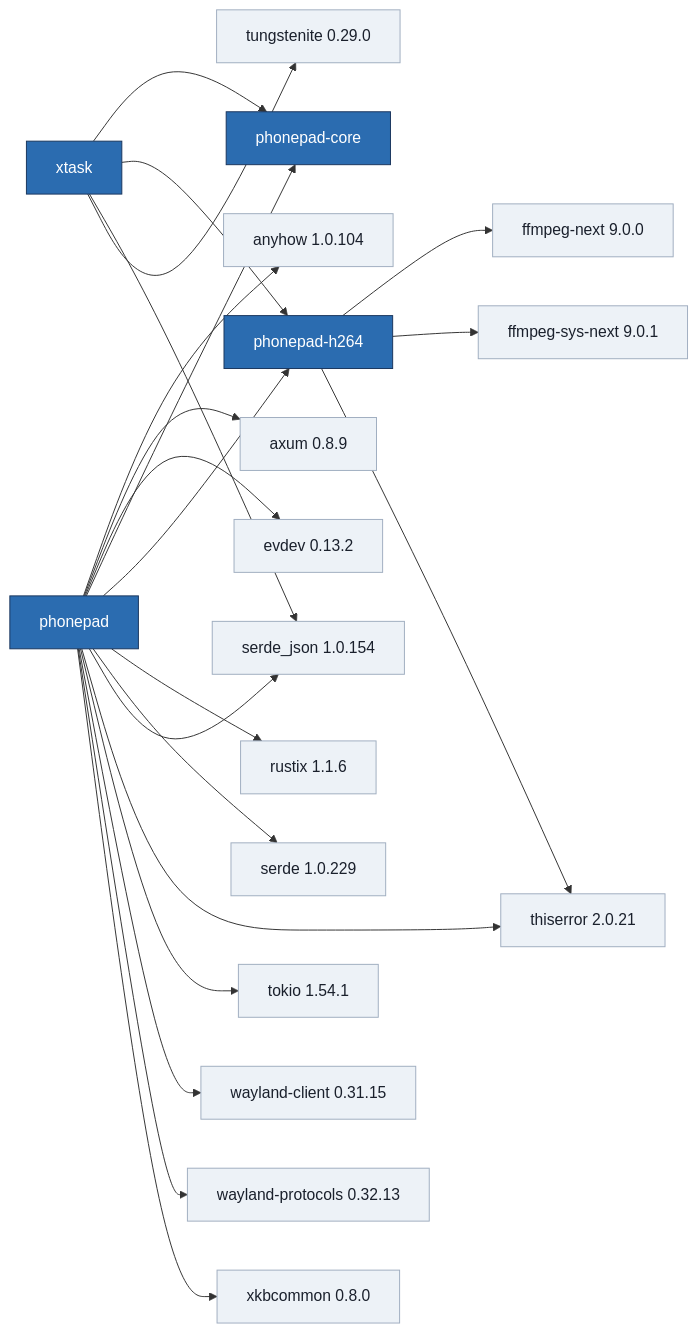
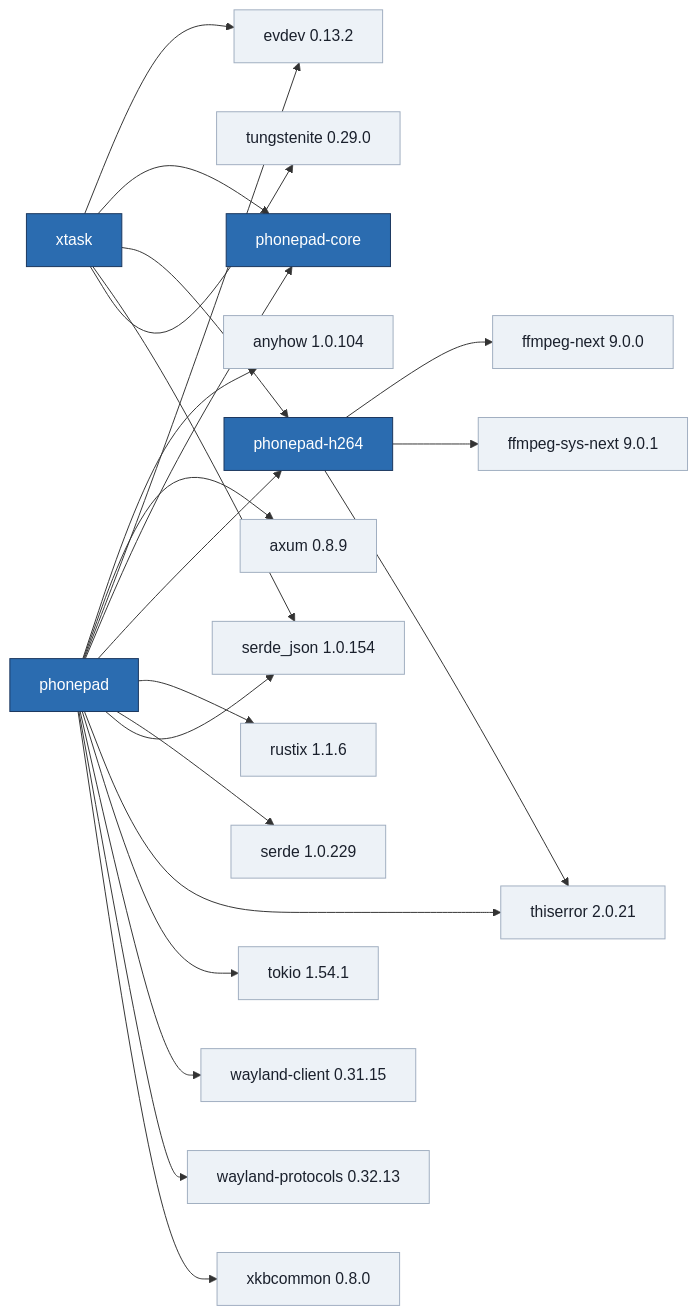
The diagram in docs/views/crate-graph.mmd (igouss/phonepad), drawn with Mermaid before and after one commit. The commit also changed 16 other files, not shown here.

```diff
--- a/docs/views/crate-graph.mmd
+++ b/docs/views/crate-graph.mmd
@@ -1,41 +1,42 @@
 flowchart LR
   classDef workspace fill:#2b6cb0,stroke:#1a365d,color:#ffffff
   classDef external fill:#edf2f7,stroke:#a0aec0,color:#1a202c
   c_phonepad["phonepad"]:::workspace
   c_phonepad_core["phonepad-core"]:::workspace
   c_phonepad_h264["phonepad-h264"]:::workspace
   c_xtask["xtask"]:::workspace
   c_anyhow_1_0_104["anyhow 1.0.104"]:::external
   c_axum_0_8_9["axum 0.8.9"]:::external
   c_evdev_0_13_2["evdev 0.13.2"]:::external
   c_ffmpeg_next_9_0_0["ffmpeg-next 9.0.0"]:::external
   c_ffmpeg_sys_next_9_0_1["ffmpeg-sys-next 9.0.1"]:::external
   c_rustix_1_1_6["rustix 1.1.6"]:::external
   c_serde_1_0_229["serde 1.0.229"]:::external
   c_serde_json_1_0_154["serde_json 1.0.154"]:::external
   c_thiserror_2_0_21["thiserror 2.0.21"]:::external
   c_tokio_1_54_1["tokio 1.54.1"]:::external
   c_tungstenite_0_29_0["tungstenite 0.29.0"]:::external
   c_wayland_client_0_31_15["wayland-client 0.31.15"]:::external
   c_wayland_protocols_0_32_13["wayland-protocols 0.32.13"]:::external
   c_xkbcommon_0_8_0["xkbcommon 0.8.0"]:::external
   c_phonepad --> c_anyhow_1_0_104
   c_phonepad --> c_axum_0_8_9
   c_phonepad --> c_evdev_0_13_2
   c_phonepad --> c_phonepad_core
   c_phonepad --> c_phonepad_h264
   c_phonepad --> c_rustix_1_1_6
   c_phonepad --> c_serde_1_0_229
   c_phonepad --> c_serde_json_1_0_154
   c_phonepad --> c_thiserror_2_0_21
   c_phonepad --> c_tokio_1_54_1
   c_phonepad --> c_wayland_client_0_31_15
   c_phonepad --> c_wayland_protocols_0_32_13
   c_phonepad --> c_xkbcommon_0_8_0
   c_phonepad_h264 --> c_ffmpeg_next_9_0_0
   c_phonepad_h264 --> c_ffmpeg_sys_next_9_0_1
   c_phonepad_h264 --> c_thiserror_2_0_21
+  c_xtask --> c_evdev_0_13_2
   c_xtask --> c_phonepad_core
   c_xtask --> c_phonepad_h264
   c_xtask --> c_serde_json_1_0_154
   c_xtask --> c_tungstenite_0_29_0
```
